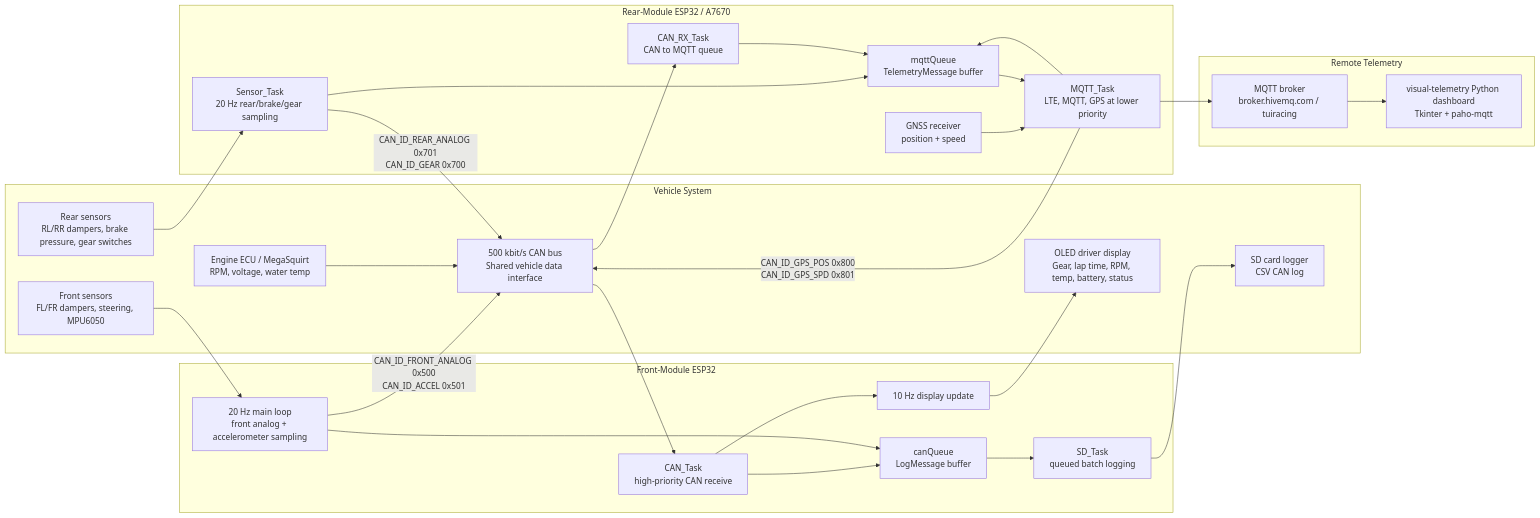
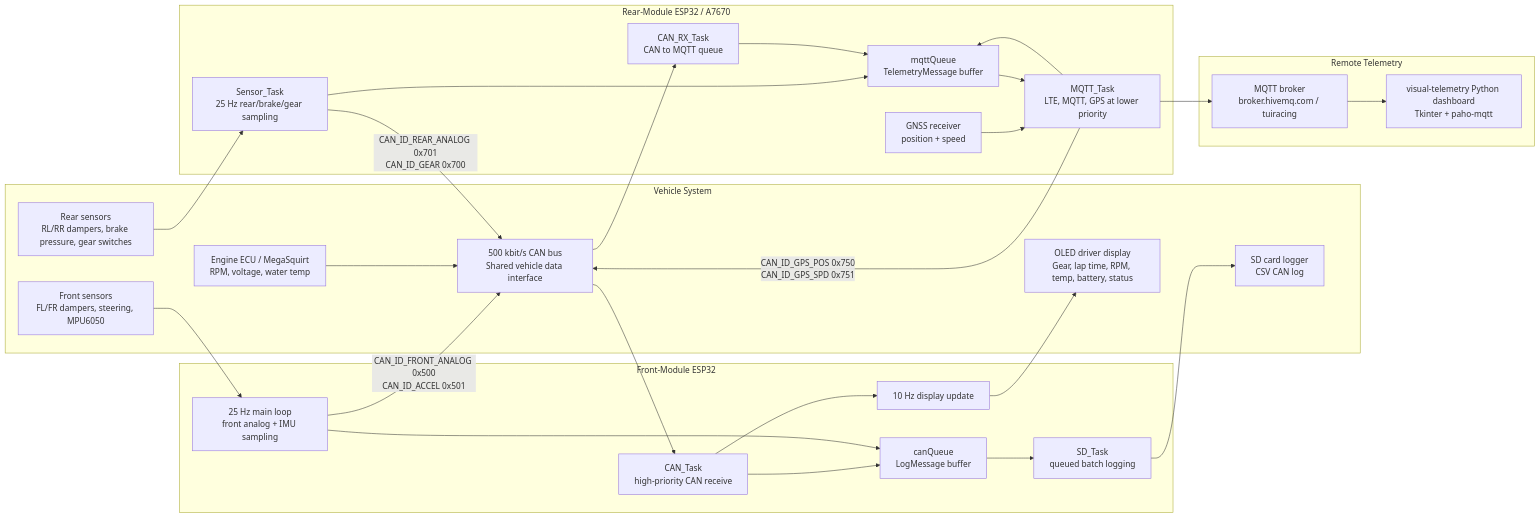
Before and after one commit to Vlad-Velnic/Telemetry2026: the diagram in docs/software-architecture.md, drawn with Mermaid. The commit also changed other lines of this file and 12 other files, not shown here.

````diff
--- a/docs/software-architecture.md
+++ b/docs/software-architecture.md
@@ -11,50 +11,50 @@
 ```mermaid
 flowchart LR
     subgraph Vehicle["Vehicle System"]
         ECU["Engine ECU / MegaSquirt<br/>RPM, voltage, water temp"]
         CAN["500 kbit/s CAN bus<br/>Shared vehicle data interface"]
         FrontSensors["Front sensors<br/>FL/FR dampers, steering, MPU6050"]
         RearSensors["Rear sensors<br/>RL/RR dampers, brake pressure, gear switches"]
         DriverDisplay["OLED driver display<br/>Gear, lap time, RPM, temp, battery, status"]
         SD["SD card logger<br/>CSV CAN log"]
     end
 
     subgraph Front["Front-Module ESP32"]
-        FLoop["20 Hz main loop<br/>front analog + accelerometer sampling"]
+        FLoop["25 Hz main loop<br/>front analog + IMU sampling"]
         FCANRX["CAN_Task<br/>high-priority CAN receive"]
         FSD["SD_Task<br/>queued batch logging"]
         FOLED["10 Hz display update"]
         FQueue["canQueue<br/>LogMessage buffer"]
     end
 
     subgraph Rear["Rear-Module ESP32 / A7670"]
-        RSensors["Sensor_Task<br/>20 Hz rear/brake/gear sampling"]
+        RSensors["Sensor_Task<br/>25 Hz rear/brake/gear sampling"]
         RCANRX["CAN_RX_Task<br/>CAN to MQTT queue"]
         RModem["MQTT_Task<br/>LTE, MQTT, GPS at lower priority"]
         RQueue["mqttQueue<br/>TelemetryMessage buffer"]
         GPS["GNSS receiver<br/>position + speed"]
     end
 
     subgraph Cloud["Remote Telemetry"]
         Broker["MQTT broker<br/>broker.hivemq.com / tuiracing"]
         Viewer["visual-telemetry Python dashboard<br/>Tkinter + paho-mqtt"]
     end
 
     ECU --> CAN
     FrontSensors --> FLoop
     FLoop -->|CAN_ID_FRONT_ANALOG 0x500<br/>CAN_ID_ACCEL 0x501| CAN
     CAN --> FCANRX
     FCANRX --> FQueue
     FLoop --> FQueue
     FQueue --> FSD --> SD
     FCANRX --> FOLED --> DriverDisplay
 
     RearSensors --> RSensors
     RSensors -->|CAN_ID_REAR_ANALOG 0x701<br/>CAN_ID_GEAR 0x700| CAN
     RSensors --> RQueue
     GPS --> RModem
-    RModem -->|CAN_ID_GPS_POS 0x800<br/>CAN_ID_GPS_SPD 0x801| CAN
+    RModem -->|CAN_ID_GPS_POS 0x750<br/>CAN_ID_GPS_SPD 0x751| CAN
     RModem --> RQueue
     CAN --> RCANRX --> RQueue
     RQueue --> RModem --> Broker --> Viewer
 ```
````
